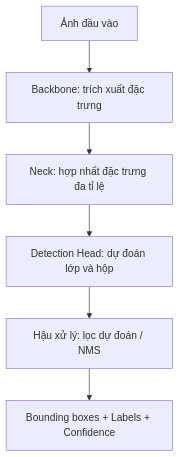
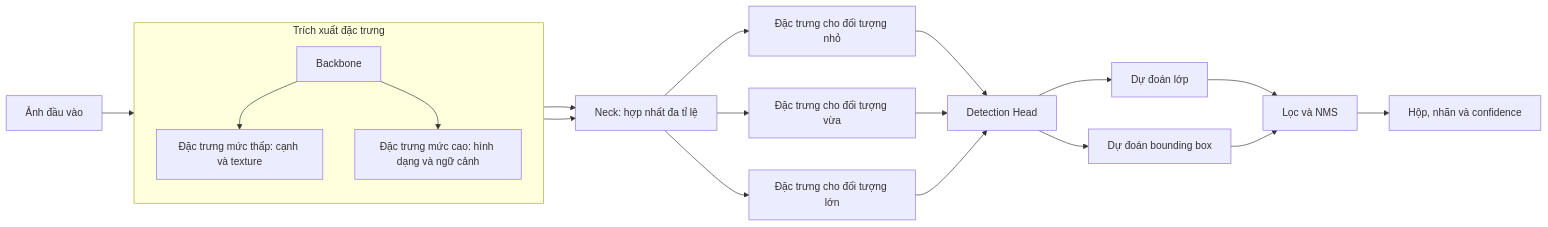
One commit to vovietduc/deep-learning- changed the first of 3 diagrams in lab-work/README.md. Above: the diagram before and after it, drawn with Mermaid. The commit also changed other lines of this file, not shown here.

First line of the commit message:
Revise flowcharts for object detection and presentation

````diff
--- a/lab-work/README.md
+++ b/lab-work/README.md
@@ -76,8 +76,22 @@
 ```mermaid
-flowchart TD
-    A[Ảnh đầu vào] --> B[Backbone: trích xuất đặc trưng]
-    B --> C[Neck: hợp nhất đặc trưng đa tỉ lệ]
-    C --> D[Detection Head: dự đoán lớp và hộp]
-    D --> E[Hậu xử lý: lọc dự đoán / NMS]
-    E --> F[Bounding boxes + Labels + Confidence]
+flowchart LR
+    A[Ảnh đầu vào] --> B[Backbone]
+    subgraph BB[Trích xuất đặc trưng]
+      direction TB
+      B --> B1[Đặc trưng mức thấp: cạnh và texture]
+      B --> B2[Đặc trưng mức cao: hình dạng và ngữ cảnh]
+    end
+    B1 --> N[Neck: hợp nhất đa tỉ lệ]
+    B2 --> N
+    N --> S1[Đặc trưng cho đối tượng nhỏ]
+    N --> S2[Đặc trưng cho đối tượng vừa]
+    N --> S3[Đặc trưng cho đối tượng lớn]
+    S1 --> H[Detection Head]
+    S2 --> H
+    S3 --> H
+    H --> C[Dự đoán lớp]
+    H --> L[Dự đoán bounding box]
+    C --> P[Lọc và NMS]
+    L --> P
+    P --> O[Hộp, nhãn và confidence]
 ```
````
